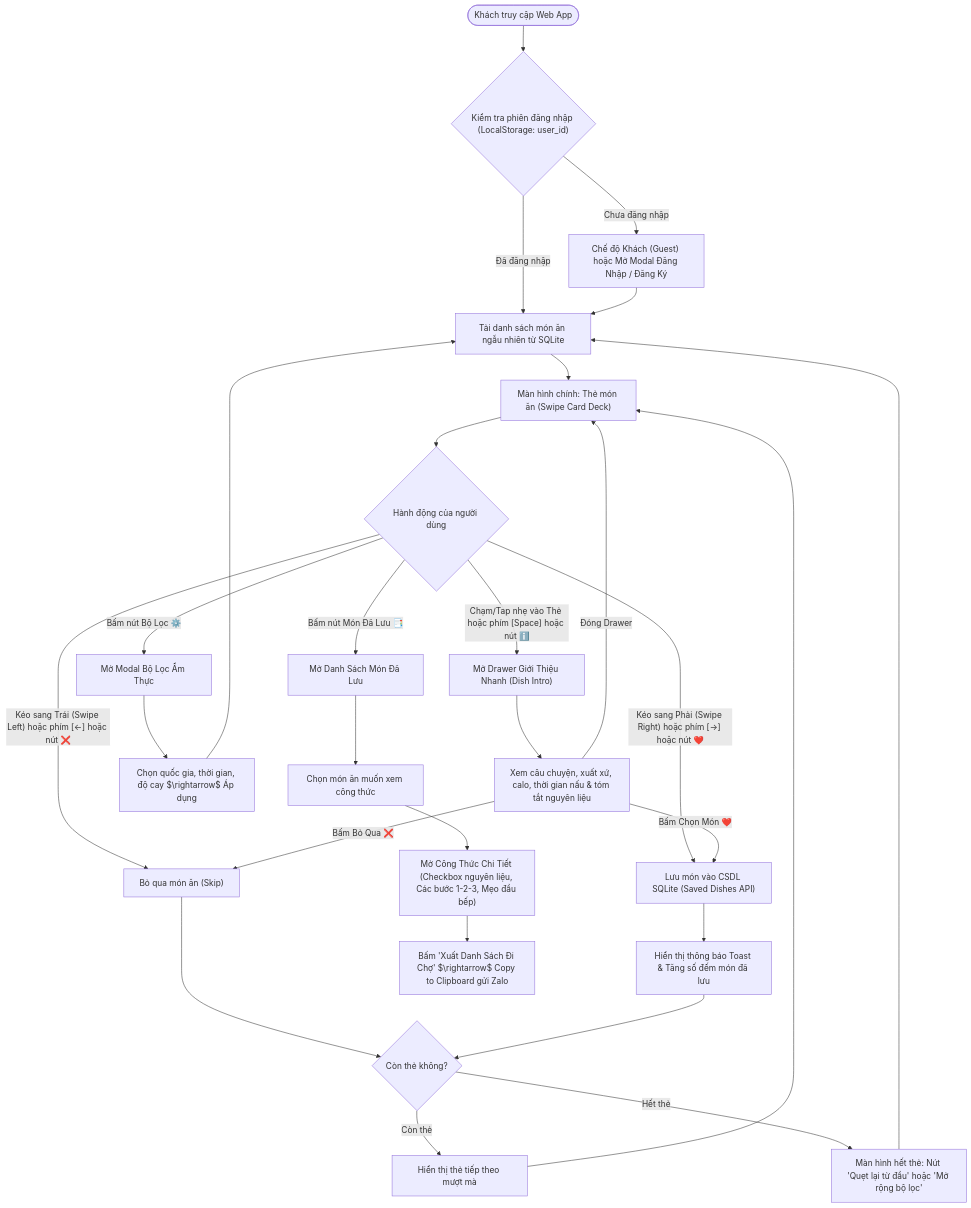
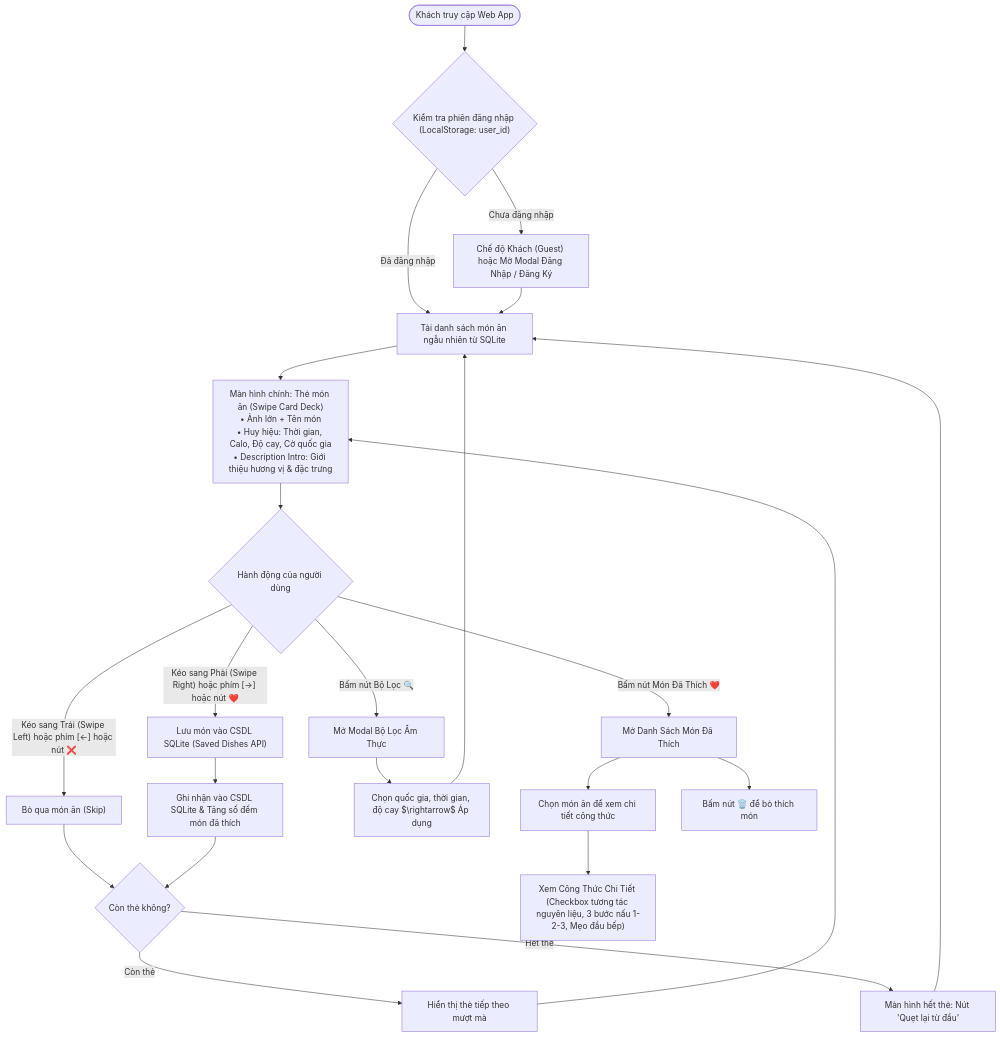
The first of 3 diagrams in docs/03_USER_FLOW_AND_UIUX_SPEC.md (snowwminhduc1212/YumYumPick), drawn with Mermaid before and after one commit. The commit also changed other lines of this file and 9 other files, not shown here.

````diff
--- a/docs/03_USER_FLOW_AND_UIUX_SPEC.md
+++ b/docs/03_USER_FLOW_AND_UIUX_SPEC.md
@@ -9,39 +9,33 @@
 ```mermaid
 flowchart TD
     Start(["Khách truy cập Web App"]) --> CheckAuth{"Kiểm tra phiên đăng nhập (LocalStorage: user_id)"}
     
     CheckAuth -- "Chưa đăng nhập" --> GuestMode["Chế độ Khách (Guest) hoặc Mở Modal Đăng Nhập / Đăng Ký"]
     CheckAuth -- "Đã đăng nhập" --> LoadCards["Tải danh sách món ăn ngẫu nhiên từ SQLite"]
     GuestMode --> LoadCards
     
-    LoadCards --> MainScreen["Màn hình chính: Thẻ món ăn (Swipe Card Deck)"]
+    LoadCards --> MainScreen["Màn hình chính: Thẻ món ăn (Swipe Card Deck)\n• Ảnh lớn + Tên món\n• Huy hiệu: Thời gian, Calo, Độ cay, Cờ quốc gia\n• Description Intro: Giới thiệu hương vị & đặc trưng"]
     
     MainScreen --> Decision{"Hành động của người dùng"}
     
     Decision -- "Kéo sang Trái (Swipe Left) hoặc phím [←] hoặc nút ❌" --> SkipDish["Bỏ qua món ăn (Skip)"]
     SkipDish --> CheckMore{"Còn thẻ không?"}
     
     Decision -- "Kéo sang Phải (Swipe Right) hoặc phím [→] hoặc nút ❤️" --> PickDish["Lưu món vào CSDL SQLite (Saved Dishes API)"]
-    PickDish --> ShowToast["Hiển thị thông báo Toast & Tăng số đếm món đã lưu"]
+    PickDish --> ShowToast["Ghi nhận vào CSDL SQLite & Tăng số đếm món đã thích"]
     ShowToast --> CheckMore
     
-    Decision -- "Chạm/Tap nhẹ vào Thẻ hoặc phím [Space] hoặc nút ℹ️" --> OpenIntroDrawer["Mở Drawer Giới Thiệu Nhanh (Dish Intro)"]
-    OpenIntroDrawer --> ViewIntro["Xem câu chuyện, xuất xứ, calo, thời gian nấu & tóm tắt nguyên liệu"]
-    ViewIntro -- "Bấm Chọn Món ❤️" --> PickDish
-    ViewIntro -- "Bấm Bỏ Qua ❌" --> SkipDish
-    ViewIntro -- "Đóng Drawer" --> MainScreen
-    
-    Decision -- "Bấm nút Bộ Lọc ⚙️" --> OpenFilter["Mở Modal Bộ Lọc Ẩm Thực"]
+    Decision -- "Bấm nút Bộ Lọc 🔍" --> OpenFilter["Mở Modal Bộ Lọc Ẩm Thực"]
     OpenFilter --> ApplyFilter["Chọn quốc gia, thời gian, độ cay $\rightarrow$ Áp dụng"]
     ApplyFilter --> LoadCards
     
-    Decision -- "Bấm nút Món Đã Lưu 📑" --> SavedScreen["Mở Danh Sách Món Đã Lưu"]
-    SavedScreen --> SelectSaved["Chọn món ăn muốn xem công thức"]
-    SelectSaved --> FullRecipeModal["Mở Công Thức Chi Tiết (Checkbox nguyên liệu, Các bước 1-2-3, Mẹo đầu bếp)"]
-    FullRecipeModal --> SmartGrocery["Bấm 'Xuất Danh Sách Đi Chợ' $\rightarrow$ Copy to Clipboard gửi Zalo"]
+    Decision -- "Bấm nút Món Đã Thích ❤️" --> SavedScreen["Mở Danh Sách Món Đã Thích"]
+    SavedScreen --> SelectSaved["Chọn món ăn để xem chi tiết công thức"]
+    SavedScreen --> DeleteSaved["Bấm nút 🗑️ để bỏ thích món"]
+    SelectSaved --> FullRecipeModal["Xem Công Thức Chi Tiết (Checkbox tương tác nguyên liệu, 3 bước nấu 1-2-3, Mẹo đầu bếp)"]
     
     CheckMore -- "Còn thẻ" --> NextCard["Hiển thị thẻ tiếp theo mượt mà"]
     NextCard --> MainScreen
-    CheckMore -- "Hết thẻ" --> EmptyState["Màn hình hết thẻ: Nút 'Quẹt lại từ đầu' hoặc 'Mở rộng bộ lọc'"]
+    CheckMore -- "Hết thẻ" --> EmptyState["Màn hình hết thẻ: Nút 'Quẹt lại từ đầu'"]
     EmptyState --> LoadCards
 ```
````
